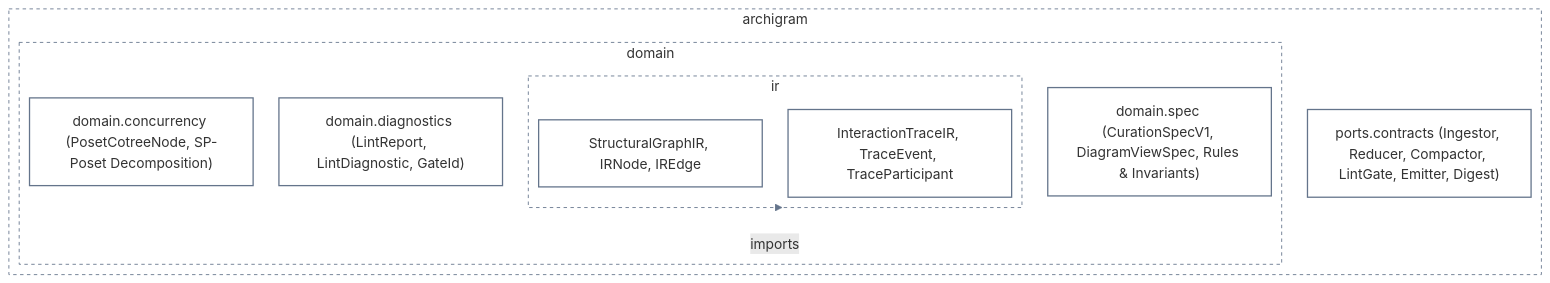
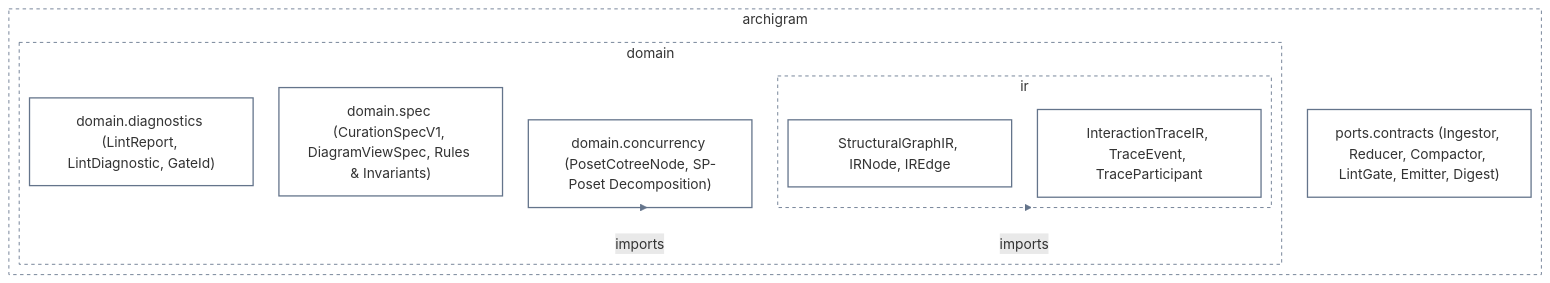
The diagram in docs/architecture/diagrams/l2a_domain_and_ports_mermaid.mmd (klcd/archigram), drawn with Mermaid before and after one commit. The commit also changed 14 other files, not shown here.

```diff
--- a/docs/architecture/diagrams/l2a_domain_and_ports_mermaid.mmd
+++ b/docs/architecture/diagrams/l2a_domain_and_ports_mermaid.mmd
@@ -1,29 +1,30 @@
 ---
 config:
   layout: elk
   elk:
     mergeEdges: false
     nodePlacementStrategy: BRANDES_KOEPF
   flowchart:
     defaultRenderer: elk
     curve: linear
 ---
 flowchart TD
   classDef default fill:transparent,stroke:#64748b,stroke-width:1.5px
   subgraph n0["archigram"]
     subgraph n1["domain"]
       subgraph n2["ir"]
         n5["StructuralGraphIR, IRNode, IREdge"]
         n6["InteractionTraceIR, TraceEvent, TraceParticipant"]
       end
       n3["domain.concurrency (PosetCotreeNode, SP-Poset Decomposition)"]
       n4["domain.diagnostics (LintReport, LintDiagnostic, GateId)"]
       n7["domain.spec (CurationSpecV1, DiagramViewSpec, Rules & Invariants)"]
     end
     n8["ports.contracts (Ingestor, Reducer, Compactor, LintGate, Emitter, Digest)"]
   end
   style n0 fill:transparent,stroke:#64748b,stroke-width:1px,stroke-dasharray:4 4
   style n1 fill:transparent,stroke:#64748b,stroke-width:1px,stroke-dasharray:4 4
   style n2 fill:transparent,stroke:#64748b,stroke-width:1px,stroke-dasharray:4 4
+  n3 -.->|"imports"| n1
   n2 -.->|"imports"| n1
-  linkStyle 0 stroke:#64748b,stroke-width:1.75px,stroke-dasharray:5 5
+  linkStyle 0,1 stroke:#64748b,stroke-width:1.75px,stroke-dasharray:5 5
```
